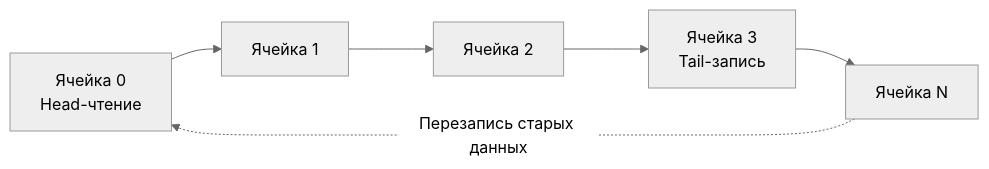
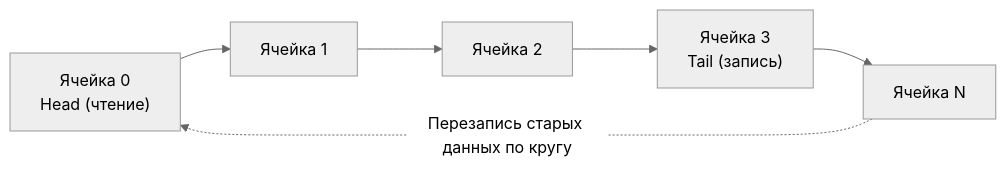
Before and after one commit to UnrealTemplier/go-textbook: the second of 2 diagrams in sources/16. Профилирование, отладка и производительность/09. Практические оптимизации/3. Reuse объектов.md, drawn with Mermaid (neutral theme). The commit also changed other lines of this file, not shown here.

````diff
--- a/sources/16. Профилирование, отладка и производительность/09. Практические оптимизации/3. Reuse объектов.md
+++ b/sources/16. Профилирование, отладка и производительность/09. Практические оптимизации/3. Reuse объектов.md
@@ -94,8 +118,8 @@
 ```mermaid
 flowchart LR
-    A["Ячейка 0<br>Head-чтение"] --> B["Ячейка 1"]
+    A["Ячейка 0<br/>Head (чтение)"] --> B["Ячейка 1"]
     B --> C["Ячейка 2"]
-    C --> D["Ячейка 3<br>Tail-запись"]
+    C --> D["Ячейка 3<br/>Tail (запись)"]
     D --> E["Ячейка N"]
-    E -.->|"Перезапись старых данных"| A
+    E -.->|"Перезапись старых данных по кругу"| A
 ```
````
